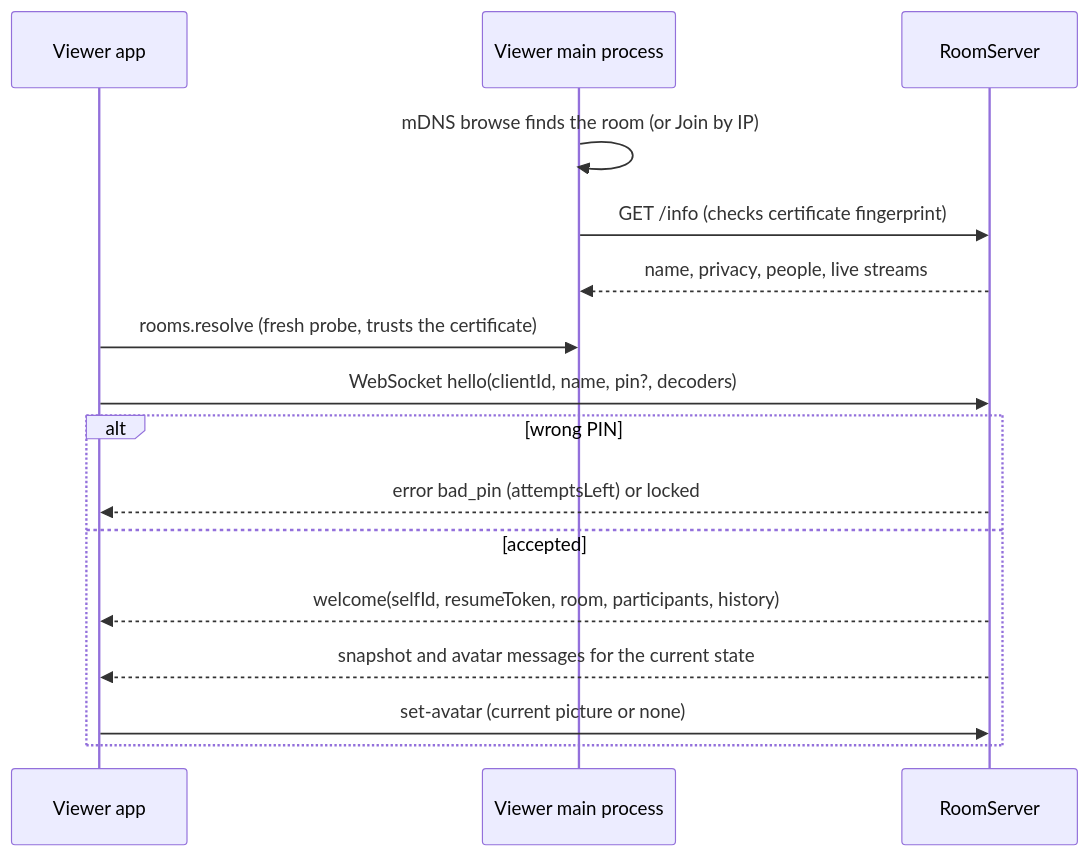
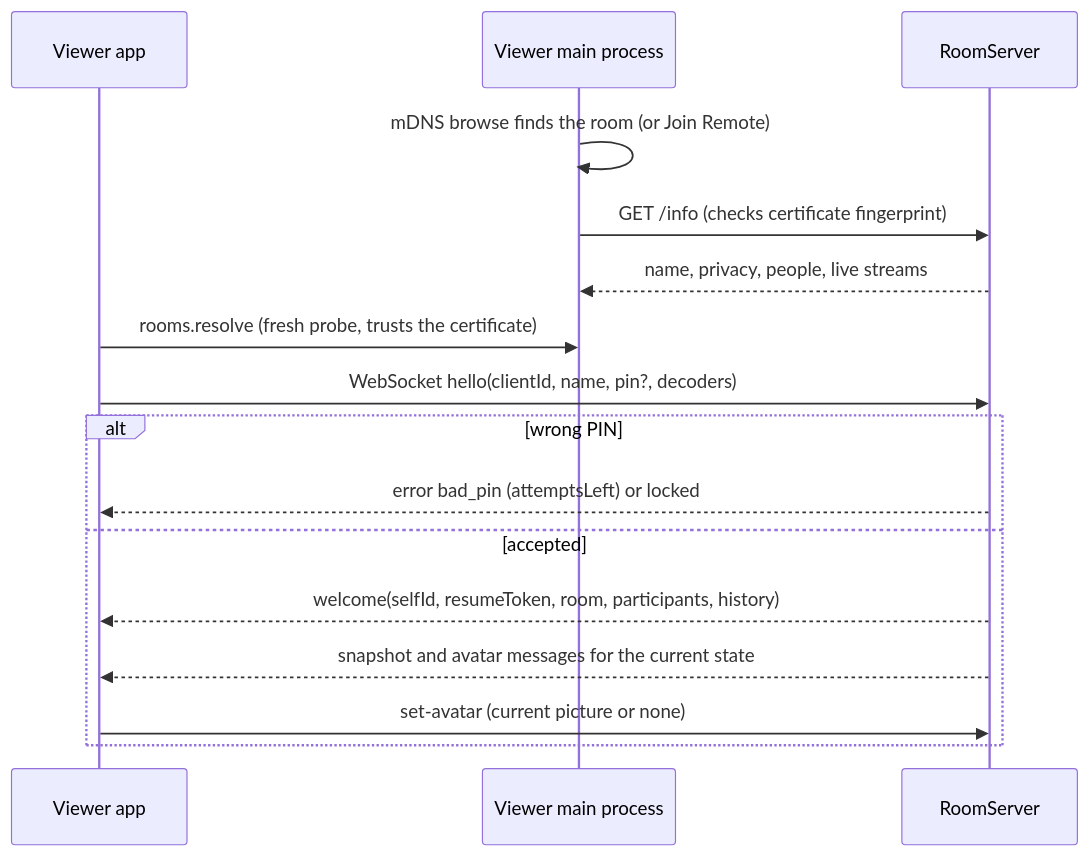
Before and after one commit to nsfxu/lan-screenshare: the seventh of 8 diagrams in docs/en-US/architecture.md, drawn with Mermaid. The commit also changed other lines of this file and 44 other files, not shown here.

````diff
--- a/docs/en-US/architecture.md
+++ b/docs/en-US/architecture.md
@@ -326,18 +326,18 @@
 ```mermaid
 sequenceDiagram
   participant V as Viewer app
   participant M as Viewer main process
   participant S as RoomServer
-  M->>M: mDNS browse finds the room (or Join by IP)
+  M->>M: mDNS browse finds the room (or Join Remote)
   M->>S: GET /info (checks certificate fingerprint)
   S-->>M: name, privacy, people, live streams
   V->>M: rooms.resolve (fresh probe, trusts the certificate)
   V->>S: WebSocket hello(clientId, name, pin?, decoders)
   alt wrong PIN
     S-->>V: error bad_pin (attemptsLeft) or locked
   else accepted
     S-->>V: welcome(selfId, resumeToken, room, participants, history)
     S-->>V: snapshot and avatar messages for the current state
     V->>S: set-avatar (current picture or none)
   end
 ```
````
